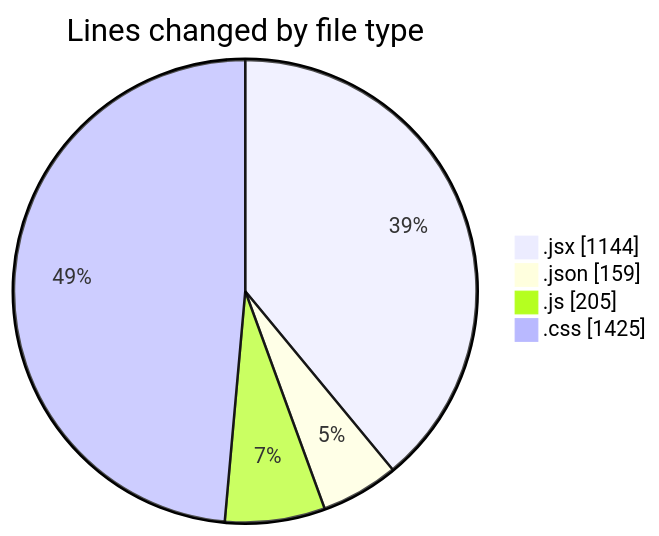
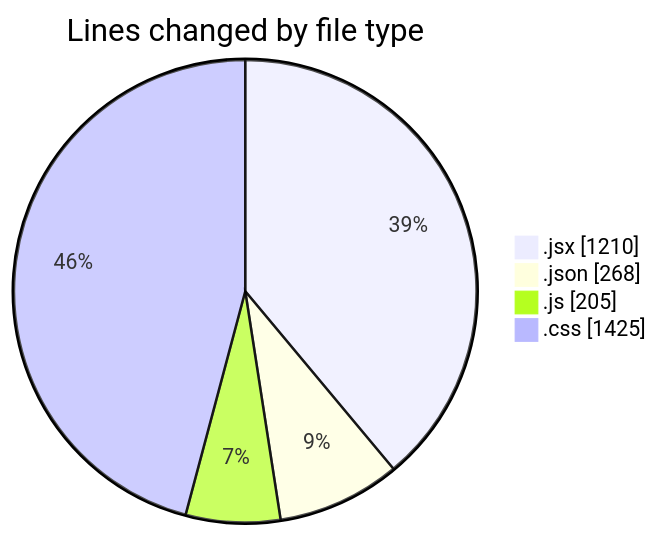
Before and after one commit to BS-eng2023/code-tracking: the first of 2 diagrams in 2025-05-04/project/README.md, drawn with Mermaid. The commit also changed other lines of this file and 1 other file, not shown here.

````diff
--- a/2025-05-04/project/README.md
+++ b/2025-05-04/project/README.md
@@ -38,8 +39,8 @@
 ```mermaid
 pie showData
 title Lines changed by file type
-".jsx" : 1144
-".json" : 159
+".jsx" : 1210
+".json" : 268
 ".js" : 205
 ".css" : 1425
 ```
````
